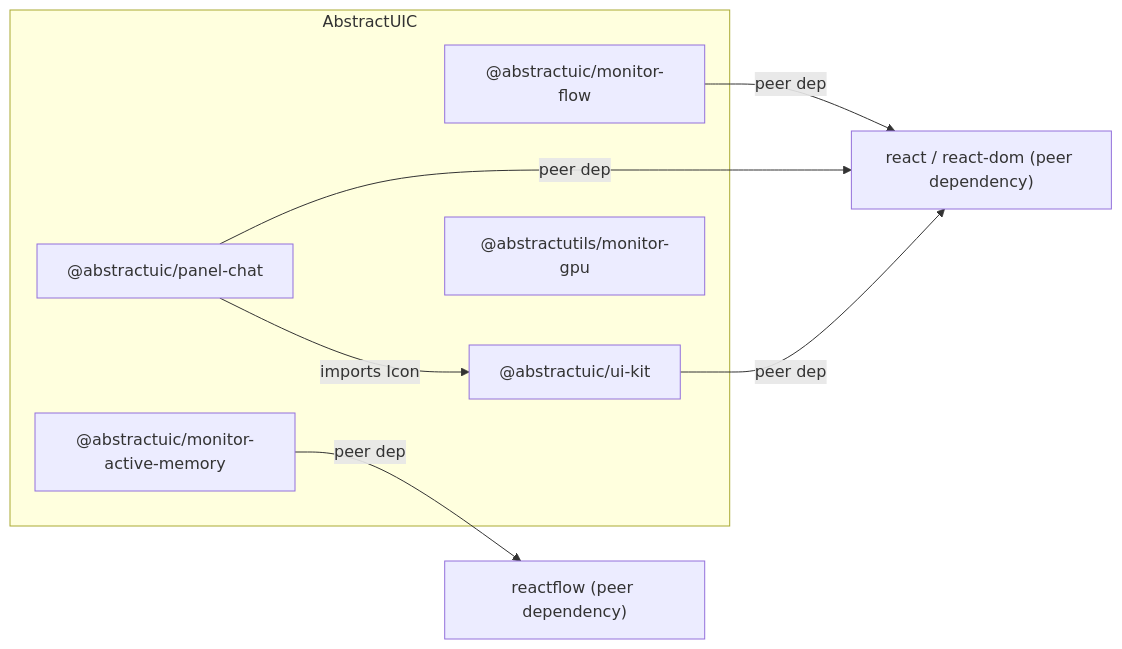
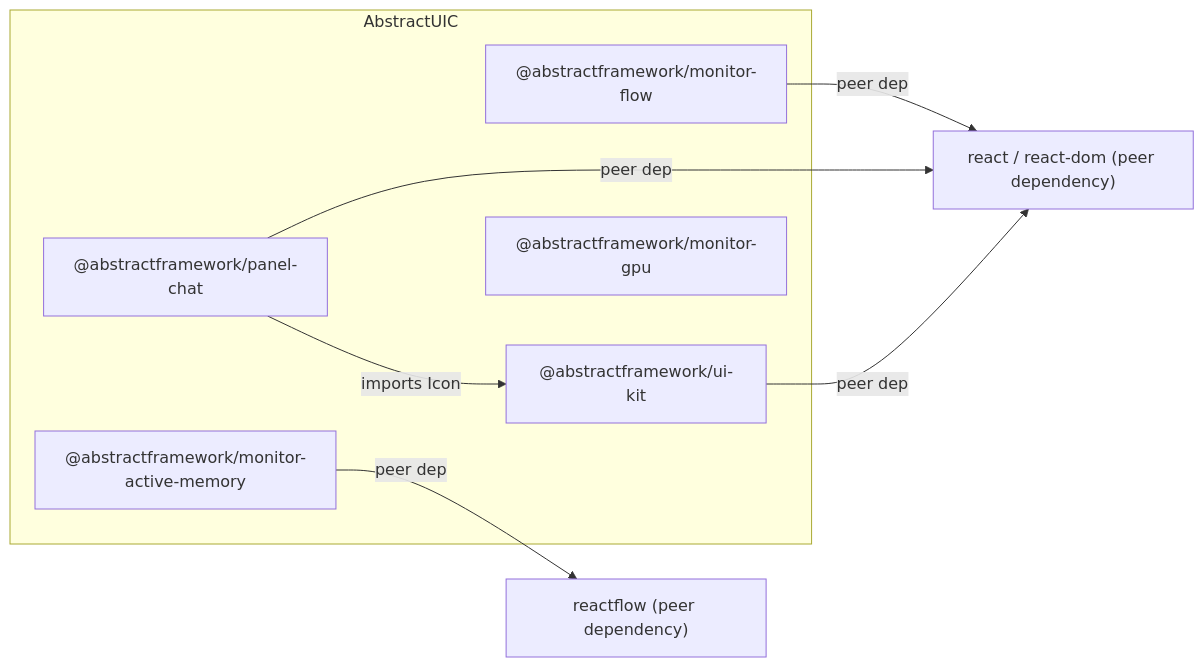
One commit to lpalbou/AbstractUIC changed the first of 2 diagrams in docs/architecture.md. Above: the diagram before and after it, drawn with Mermaid. The commit also changed other lines of this file and 40 other files, not shown here.

````diff
--- a/docs/architecture.md
+++ b/docs/architecture.md
@@ -15,16 +15,16 @@
 ```mermaid
 flowchart LR
   subgraph AbstractUIC
-    UIKIT["@abstractuic/ui-kit"]
-    CHAT["@abstractuic/panel-chat"]
-    FLOW["@abstractuic/monitor-flow"]
-    AMX["@abstractuic/monitor-active-memory"]
-    GPU["@abstractutils/monitor-gpu"]
+    UIKIT["@abstractframework/ui-kit"]
+    CHAT["@abstractframework/panel-chat"]
+    FLOW["@abstractframework/monitor-flow"]
+    AMX["@abstractframework/monitor-active-memory"]
+    GPU["@abstractframework/monitor-gpu"]
   end
 
   CHAT -->|"imports Icon"| UIKIT
   AMX -->|"peer dep"| ReactFlow["reactflow (peer dependency)"]
   FLOW -->|"peer dep"| React["react / react-dom (peer dependency)"]
   CHAT -->|"peer dep"| React
   UIKIT -->|"peer dep"| React
 ```
````
